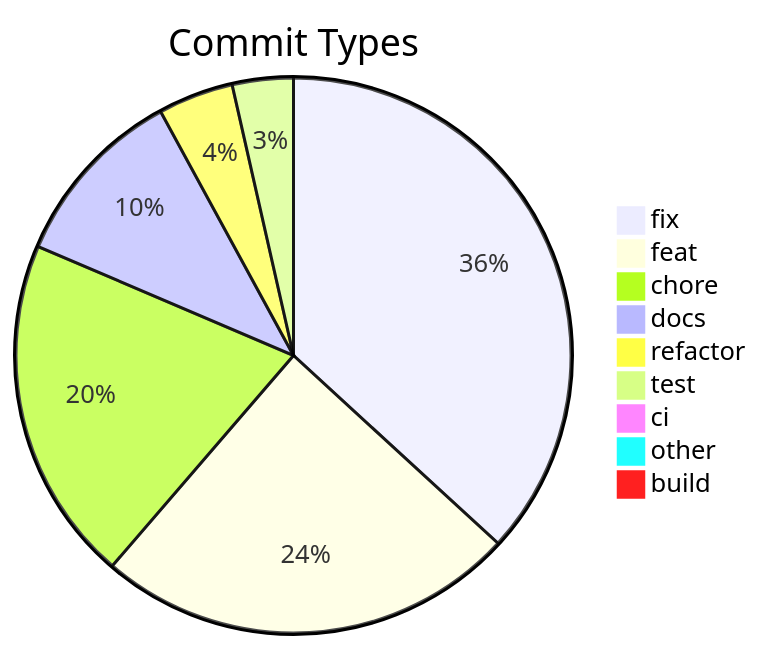
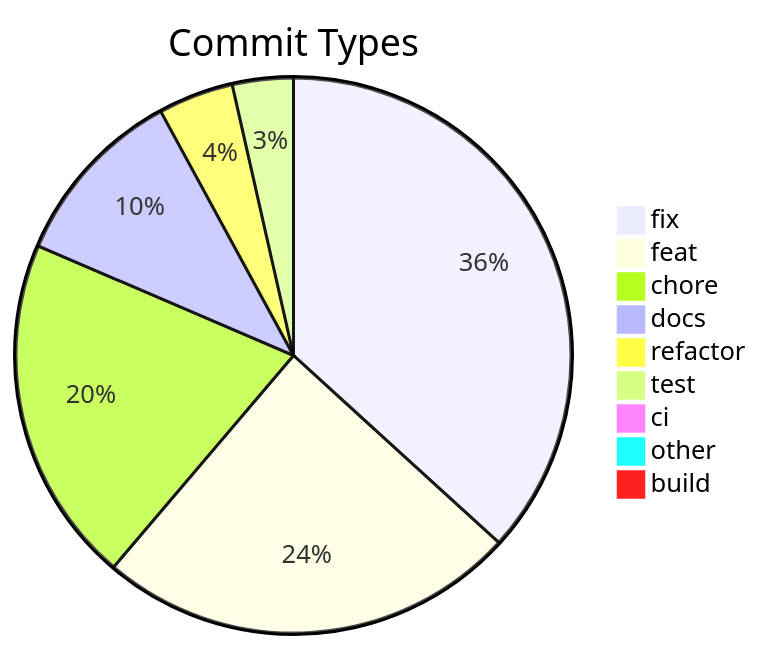
The diagram in .shipwright/compliance/change-history.md (svenroth-ai/shipwright-webui), drawn with Mermaid before and after one commit. The commit also changed other lines of this file and 16 other files, not shown here.

````diff
--- a/.shipwright/compliance/change-history.md
+++ b/.shipwright/compliance/change-history.md
@@ -8,12 +8,12 @@
 ```mermaid
 pie title Commit Types
     "fix" : 218
     "feat" : 145
-    "chore" : 119
+    "chore" : 120
     "docs" : 63
     "refactor" : 26
     "test" : 21
     "ci" : 5
     "other" : 4
     "build" : 1
 ```
````
